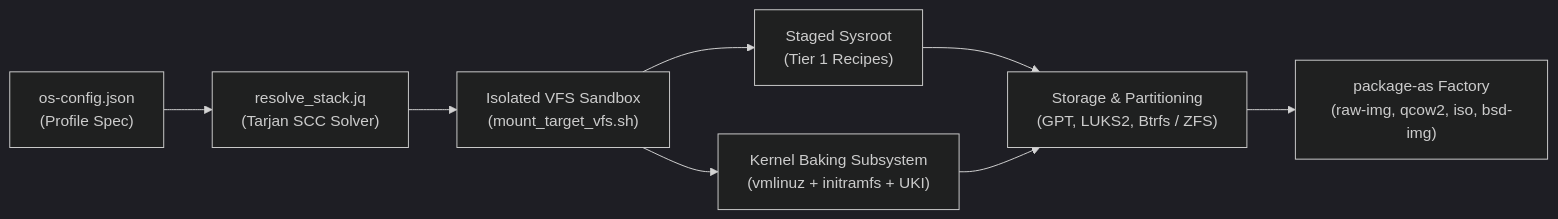
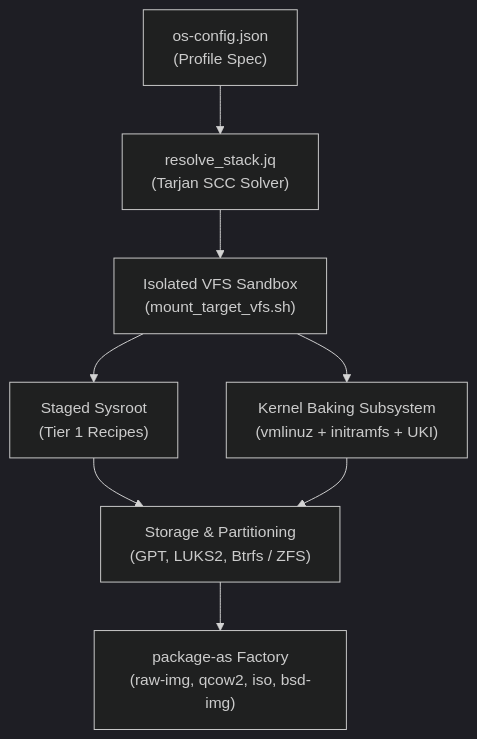
One commit to SamuelMarks/libscript changed the fourth of 5 diagrams in README.md. Above: the diagram before and after it, drawn with Mermaid (dark theme). The commit also changed 4 other files, not shown here.

````diff
--- a/README.md
+++ b/README.md
@@ -197,10 +197,10 @@
 ```mermaid
-flowchart LR
+flowchart TD
     Config["os-config.json<br/>(Profile Spec)"] --> Solver["resolve_stack.jq<br/>(Tarjan SCC Solver)"]
     Solver --> VFS["Isolated VFS Sandbox<br/>(mount_target_vfs.sh)"]
     VFS --> Staged["Staged Sysroot<br/>(Tier 1 Recipes)"]
     VFS --> Kernel["Kernel Baking Subsystem<br/>(vmlinuz + initramfs + UKI)"]
     Staged --> Disk["Storage & Partitioning<br/>(GPT, LUKS2, Btrfs / ZFS)"]
     Kernel --> Disk
     Disk --> Packaging["package-as Factory<br/>(raw-img, qcow2, iso, bsd-img)"]
 ```
````
